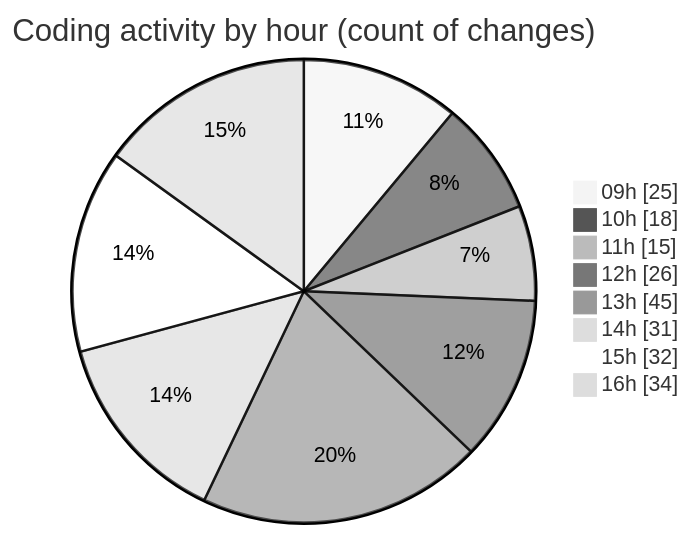
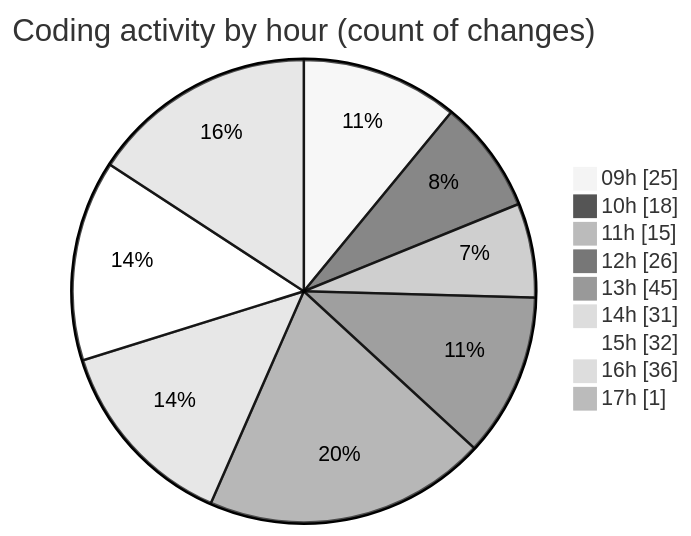
One commit to momahboobian/code-tracking changed the second of 2 diagrams in 2025-03-13/cda/README.md. Above: the diagram before and after it, drawn with Mermaid (neutral theme). The commit also changed other lines of this file and 1 other file, not shown here.

````diff
--- a/2025-03-13/cda/README.md
+++ b/2025-03-13/cda/README.md
@@ -44,12 +44,13 @@
 ```mermaid
 pie showData
 title Coding activity by hour (count of changes)
 "09h" : 25
 "10h" : 18
 "11h" : 15
 "12h" : 26
 "13h" : 45
 "14h" : 31
 "15h" : 32
-"16h" : 34
+"16h" : 36
+"17h" : 1
 ```
````
